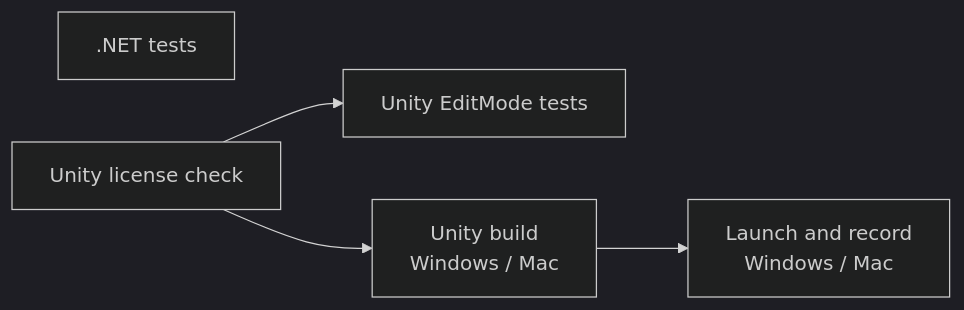
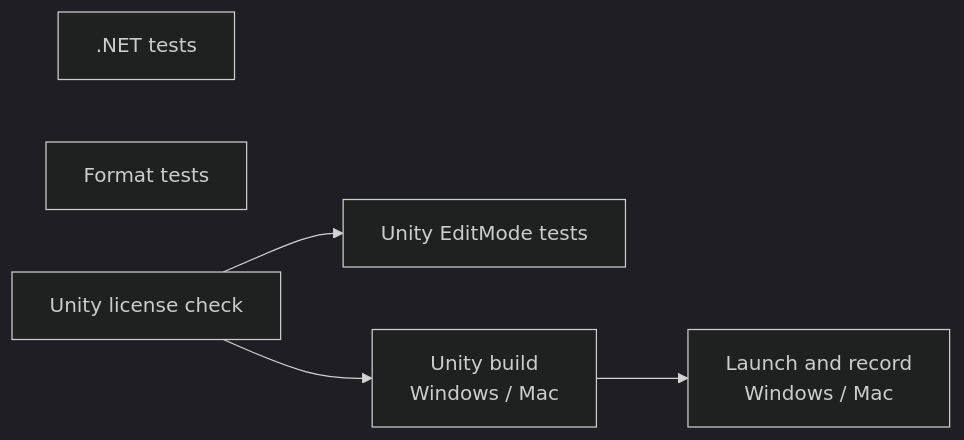
One commit to kawawa1989/ugokue changed the diagram in docs/spec/ci.md. Above: the diagram before and after it, drawn with Mermaid (dark theme). The commit also changed other lines of this file and 87 other files, not shown here.

````diff
--- a/docs/spec/ci.md
+++ b/docs/spec/ci.md
@@ -15,7 +15,8 @@
 ```mermaid
 flowchart LR
     dotnet[.NET tests]
+    format[Format tests]
     license[Unity license check] --> unitytest[Unity EditMode tests]
     license --> build[Unity build<br/>Windows / Mac]
     build --> smoke[Launch and record<br/>Windows / Mac]
 ```
````
